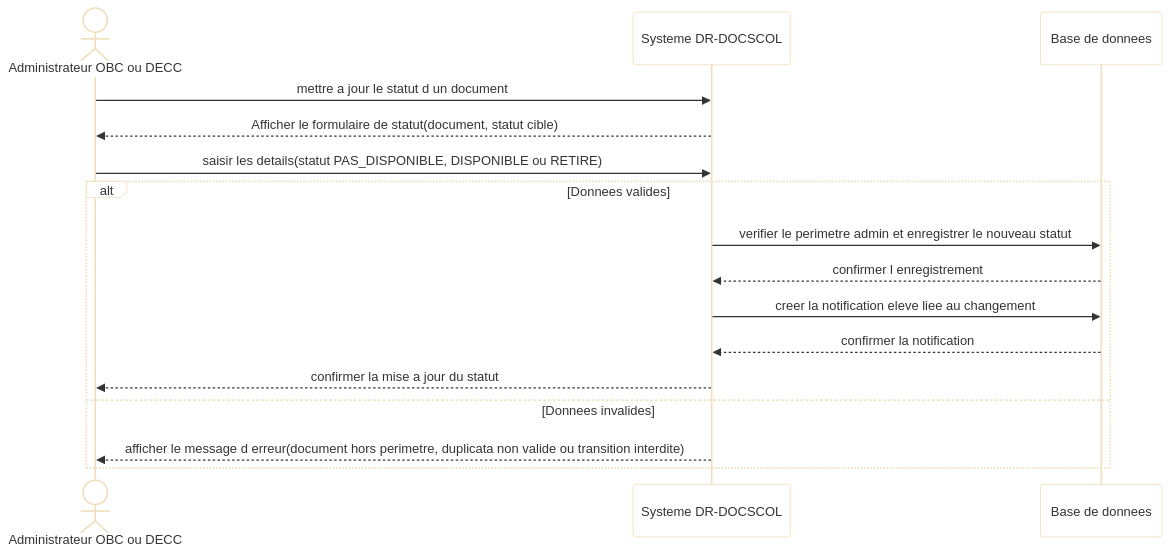
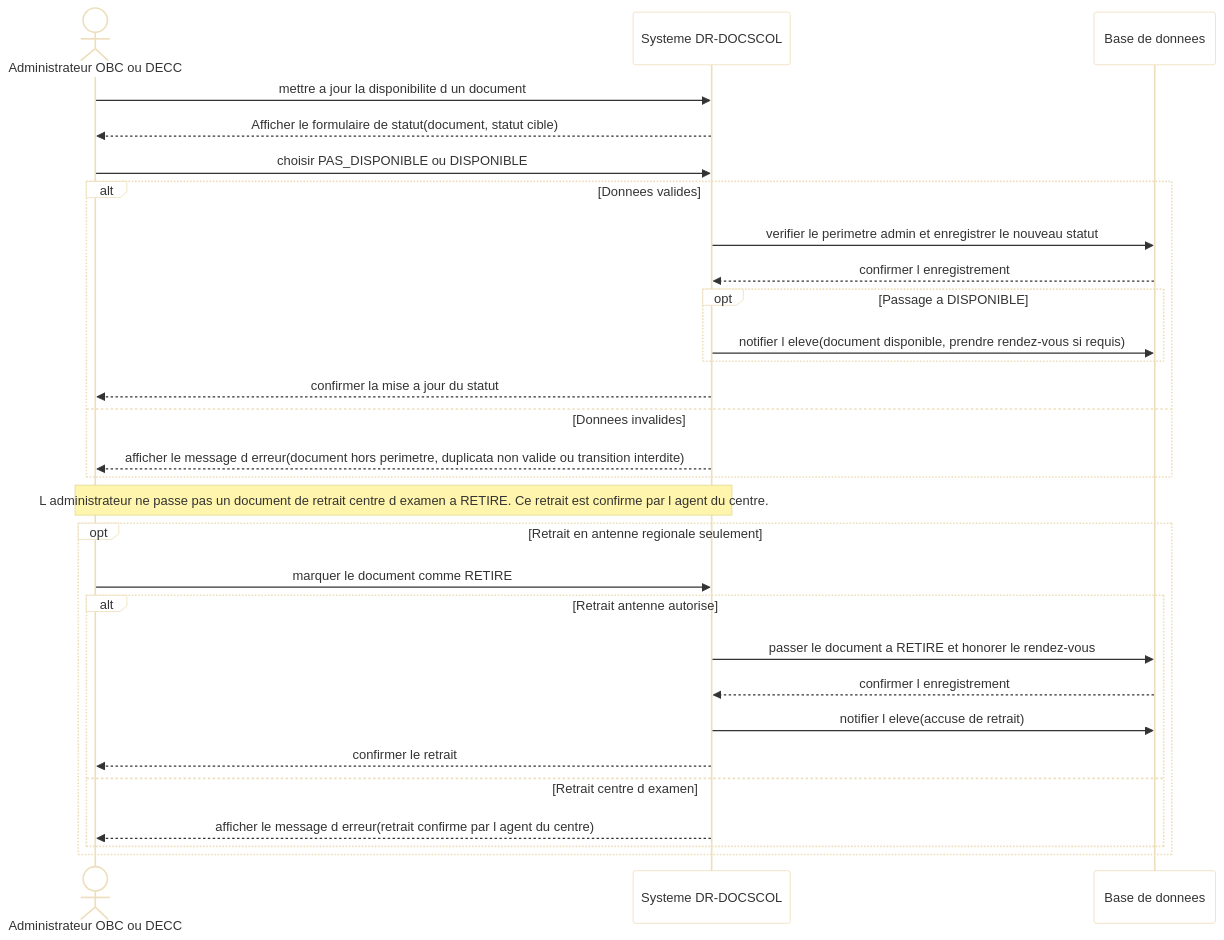
One commit to yoppanjikamf/application-demande-document-academique changed the diagram in docs/diagrammes-mermaid/sequence-07-statut-document-v3-soutenance.mmd. Above: the diagram before and after it, drawn with Mermaid. The commit also changed 64 other files, not shown here.

```diff
--- a/docs/diagrammes-mermaid/sequence-07-statut-document-v3-soutenance.mmd
+++ b/docs/diagrammes-mermaid/sequence-07-statut-document-v3-soutenance.mmd
@@ -1,19 +1,34 @@
 %%{init: {"theme": "base", "themeVariables": {"darkMode": false, "background": "#ffffff", "mainBkg": "#ffffff", "secondaryBkg": "#ffffff", "tertiaryBkg": "#ffffff", "fontFamily": "Arial", "fontSize": "18px", "textColor": "#333333", "lineColor": "#333333", "signalColor": "#333333", "signalTextColor": "#333333"}}}%%
 sequenceDiagram
     actor Admin as Administrateur OBC ou DECC
     participant Sys as Systeme DR-DOCSCOL
     participant DB as Base de donnees
 
-    Admin->>Sys: mettre a jour le statut d un document
+    Admin->>Sys: mettre a jour la disponibilite d un document
     Sys-->>Admin: Afficher le formulaire de statut(document, statut cible)
-    Admin->>Sys: saisir les details(statut PAS_DISPONIBLE, DISPONIBLE ou RETIRE)
+    Admin->>Sys: choisir PAS_DISPONIBLE ou DISPONIBLE
 
     alt Donnees valides
         Sys->>DB: verifier le perimetre admin et enregistrer le nouveau statut
         DB-->>Sys: confirmer l enregistrement
-        Sys->>DB: creer la notification eleve liee au changement
-        DB-->>Sys: confirmer la notification
+        opt Passage a DISPONIBLE
+            Sys->>DB: notifier l eleve(document disponible, prendre rendez-vous si requis)
+        end
         Sys-->>Admin: confirmer la mise a jour du statut
     else Donnees invalides
         Sys-->>Admin: afficher le message d erreur(document hors perimetre, duplicata non valide ou transition interdite)
     end
+
+    Note over Admin,Sys: L administrateur ne passe pas un document de retrait centre d examen a RETIRE. Ce retrait est confirme par l agent du centre.
+
+    opt Retrait en antenne regionale seulement
+        Admin->>Sys: marquer le document comme RETIRE
+        alt Retrait antenne autorise
+            Sys->>DB: passer le document a RETIRE et honorer le rendez-vous
+            DB-->>Sys: confirmer l enregistrement
+            Sys->>DB: notifier l eleve(accuse de retrait)
+            Sys-->>Admin: confirmer le retrait
+        else Retrait centre d examen
+            Sys-->>Admin: afficher le message d erreur(retrait confirme par l agent du centre)
+        end
+    end
```
